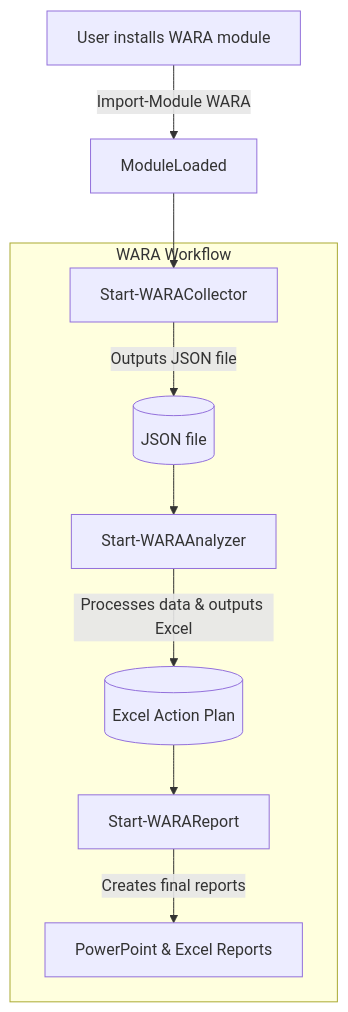
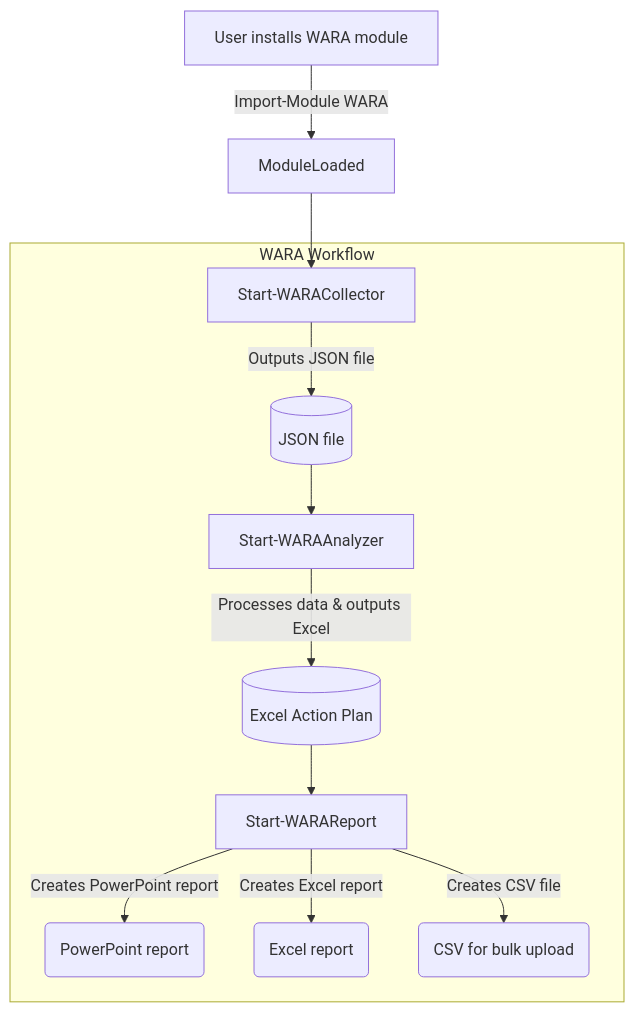
Before and after one commit to Azure/Well-Architected-Reliability-Assessment: the diagram in README.md, drawn with Mermaid.

Commit message:
Add CSV file to flow diagram (#167)

````diff
--- a/README.md
+++ b/README.md
@@ -36,13 +36,15 @@
 ```mermaid
 flowchart TD
     Start[User installs WARA module] -->|Import-Module WARA| ModuleLoaded
     ModuleLoaded --> Collector
 
     subgraph "WARA Workflow"
     Collector[Start-WARACollector] -->|Outputs JSON file| CollectorOutput[(JSON file)]
     CollectorOutput --> Analyzer[Start-WARAAnalyzer]
     Analyzer -->|Processes data & outputs Excel| AnalyzerOutput[(Excel Action Plan)]
     AnalyzerOutput --> Reporter[Start-WARAReport]
-    Reporter -->|Creates final reports| FinalOutput[PowerPoint & Excel Reports]
+    Reporter -->|Creates PowerPoint report| PowerPointReport(PowerPoint report)
+    Reporter -->|Creates Excel report| ExcelReport(Excel report)
+    Reporter -->|Creates CSV file| BulkUploadCsv(CSV for bulk upload)
     end
 ```
````
